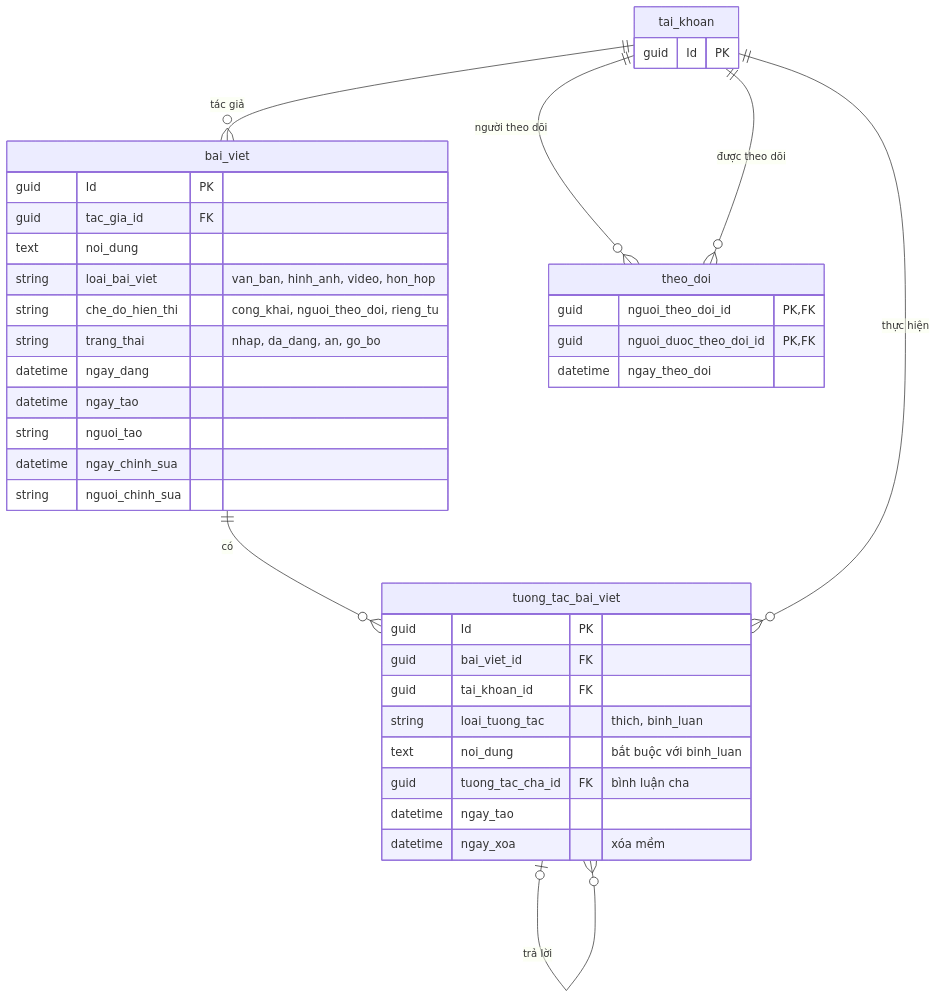
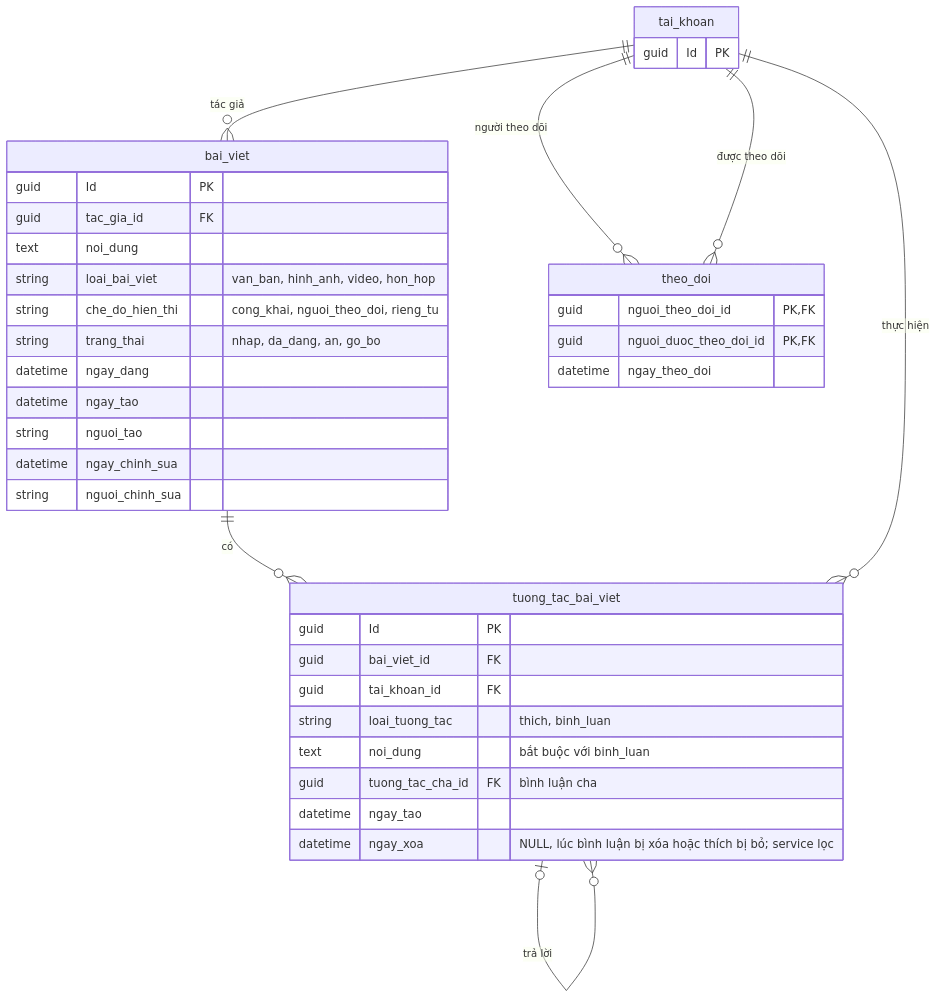
Before and after one commit to ngongochuy2003/GymBase: the diagram in database/diagrams/03-mang-xa-hoi.md, drawn with Mermaid. The commit also changed other lines of this file and 14 other files, not shown here.

First line of the commit message:
docs: cập nhật tài liệu, sơ đồ và Bruno sau khi bỏ xóa mềm

````diff
--- a/database/diagrams/03-mang-xa-hoi.md
+++ b/database/diagrams/03-mang-xa-hoi.md
@@ -5,41 +5,41 @@
 ```mermaid
 erDiagram
     tai_khoan ||--o{ bai_viet : "tác giả"
     bai_viet ||--o{ tuong_tac_bai_viet : "có"
     tai_khoan ||--o{ tuong_tac_bai_viet : "thực hiện"
     tuong_tac_bai_viet |o--o{ tuong_tac_bai_viet : "trả lời"
     tai_khoan ||--o{ theo_doi : "người theo dõi"
     tai_khoan ||--o{ theo_doi : "được theo dõi"
 
     bai_viet {
         guid Id PK
         guid tac_gia_id FK
         text noi_dung
         string loai_bai_viet "van_ban, hinh_anh, video, hon_hop"
         string che_do_hien_thi "cong_khai, nguoi_theo_doi, rieng_tu"
         string trang_thai "nhap, da_dang, an, go_bo"
         datetime ngay_dang
         datetime ngay_tao
         string nguoi_tao
         datetime ngay_chinh_sua
         string nguoi_chinh_sua
     }
     tuong_tac_bai_viet {
         guid Id PK
         guid bai_viet_id FK
         guid tai_khoan_id FK
         string loai_tuong_tac "thich, binh_luan"
         text noi_dung "bắt buộc với binh_luan"
         guid tuong_tac_cha_id FK "bình luận cha"
         datetime ngay_tao
-        datetime ngay_xoa "xóa mềm"
+        datetime ngay_xoa "NULL, lúc bình luận bị xóa hoặc thích bị bỏ; service lọc"
     }
     theo_doi {
         guid nguoi_theo_doi_id PK, FK
         guid nguoi_duoc_theo_doi_id PK, FK
         datetime ngay_theo_doi
     }
     tai_khoan {
         guid Id PK
     }
 ```
````
